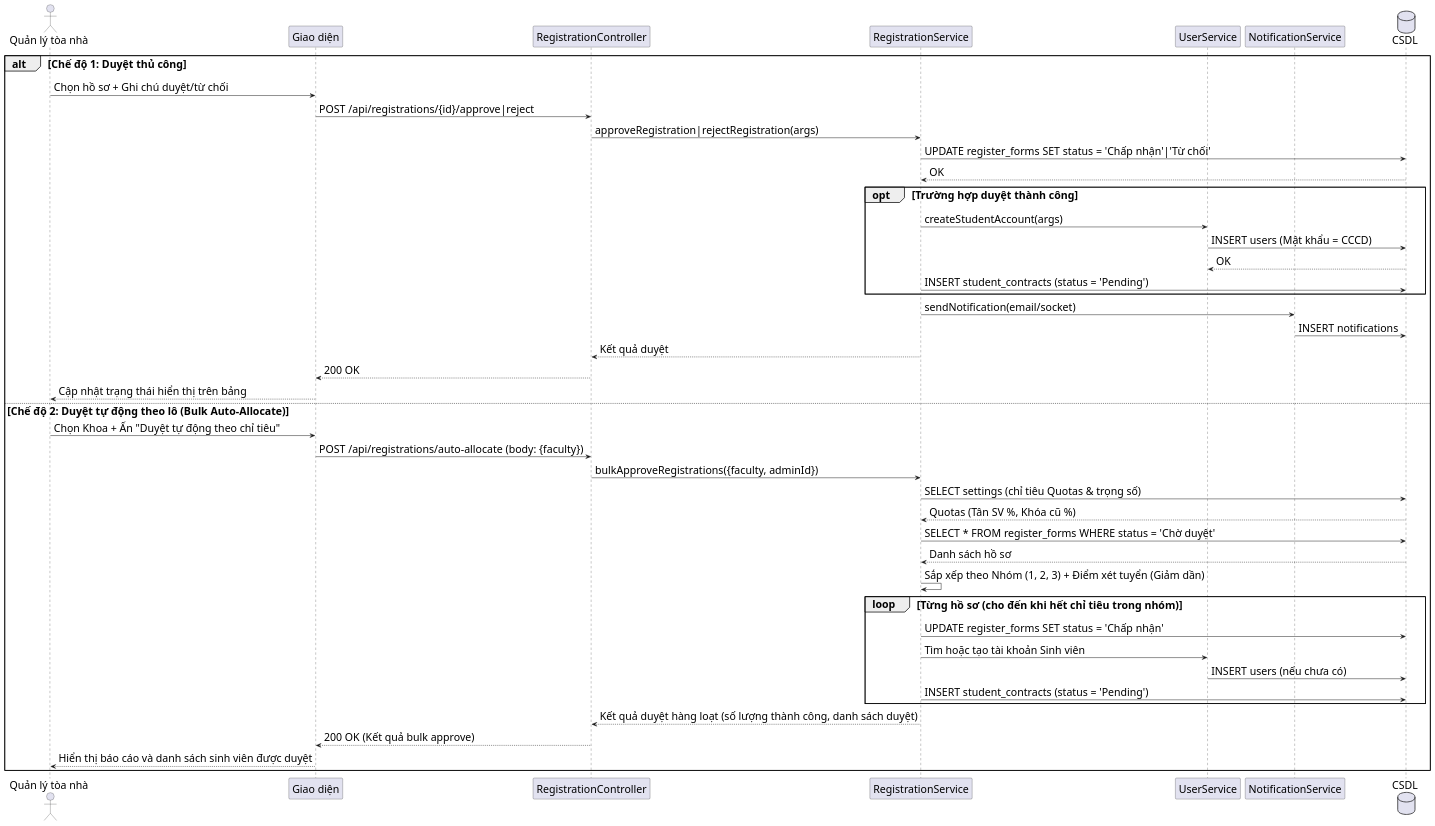
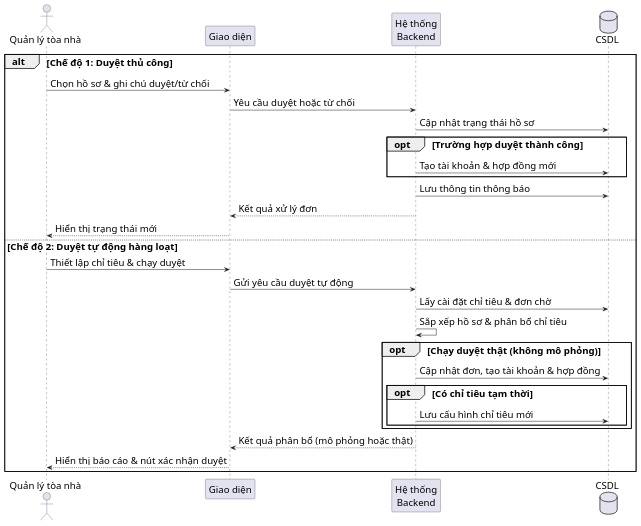
One commit to s0nbuildtech287/dormitory-frontend changed the diagram in diagrams/nhomhosodangky/registration_review_sequence.puml. Above: the diagram before and after it, drawn with PlantUML. The commit also changed 4 other files, not shown here.

```diff
--- a/diagrams/nhomhosodangky/registration_review_sequence.puml
+++ b/diagrams/nhomhosodangky/registration_review_sequence.puml
@@ -1,55 +1,38 @@
 @startuml "Registration Review Sequence"
-skinparam defaultFontSize 22
+skinparam defaultFontSize 20
 skinparam defaultFontName "Times New Roman"
-skinparam sequenceMessageSize 22
+skinparam sequenceMessageSize 20
 
 actor "Quản lý tòa nhà" as Admin
 participant "Giao diện" as FE
-participant "RegistrationController" as RegC
-participant "RegistrationService" as RegS
-participant "UserService" as UserS
-participant "NotificationService" as NotiS
+participant "Hệ thống\nBackend" as BE
 database "CSDL" as DB
 
 alt Chế độ 1: Duyệt thủ công
-  Admin -> FE: Chọn hồ sơ + Ghi chú duyệt/từ chối
-  FE -> RegC: POST /api/registrations/{id}/approve|reject
-  RegC -> RegS: approveRegistration|rejectRegistration(args)
-  RegS -> DB: UPDATE register_forms SET status = 'Chấp nhận'|'Từ chối'
-  DB --> RegS: OK
+  Admin -> FE: Chọn hồ sơ & ghi chú duyệt/từ chối
+  FE -> BE: Yêu cầu duyệt hoặc từ chối
+  BE -> DB: Cập nhật trạng thái hồ sơ
+  opt Trường hợp duyệt thành công
+    BE -> DB: Tạo tài khoản & hợp đồng mới
+  end
+  BE -> DB: Lưu thông tin thông báo
+  BE --> FE: Kết quả xử lý đơn
+  FE --> Admin: Hiển thị trạng thái mới
+
+else Chế độ 2: Duyệt tự động hàng loạt
+  Admin -> FE: Thiết lập chỉ tiêu & chạy duyệt
+  FE -> BE: Gửi yêu cầu duyệt tự động
+  BE -> DB: Lấy cài đặt chỉ tiêu & đơn chờ
+  BE -> BE: Sắp xếp hồ sơ & phân bổ chỉ tiêu
   
-  opt Trường hợp duyệt thành công
-    RegS -> UserS: createStudentAccount(args)
-    UserS -> DB: INSERT users (Mật khẩu = CCCD)
-    DB --> UserS: OK
-    RegS -> DB: INSERT student_contracts (status = 'Pending')
+  opt Chạy duyệt thật (không mô phỏng)
+    BE -> DB: Cập nhật đơn, tạo tài khoản & hợp đồng
+    opt Có chỉ tiêu tạm thời
+      BE -> DB: Lưu cấu hình chỉ tiêu mới
+    end
   end
   
-  RegS -> NotiS: sendNotification(email/socket)
-  NotiS -> DB: INSERT notifications
-  RegS --> RegC: Kết quả duyệt
-  RegC --> FE: 200 OK
-  FE --> Admin: Cập nhật trạng thái hiển thị trên bảng
-
-else Chế độ 2: Duyệt tự động theo lô (Bulk Auto-Allocate)
-  Admin -> FE: Chọn Khoa + Ấn "Duyệt tự động theo chỉ tiêu"
-  FE -> RegC: POST /api/registrations/auto-allocate (body: {faculty})
-  RegC -> RegS: bulkApproveRegistrations({faculty, adminId})
-  RegS -> DB: SELECT settings (chỉ tiêu Quotas & trọng số)
-  DB --> RegS: Quotas (Tân SV %, Khóa cũ %)
-  RegS -> DB: SELECT * FROM register_forms WHERE status = 'Chờ duyệt'
-  DB --> RegS: Danh sách hồ sơ
-  RegS -> RegS: Sắp xếp theo Nhóm (1, 2, 3) + Điểm xét tuyển (Giảm dần)
-  
-  loop Từng hồ sơ (cho đến khi hết chỉ tiêu trong nhóm)
-    RegS -> DB: UPDATE register_forms SET status = 'Chấp nhận'
-    RegS -> UserS: Tìm hoặc tạo tài khoản Sinh viên
-    UserS -> DB: INSERT users (nếu chưa có)
-    RegS -> DB: INSERT student_contracts (status = 'Pending')
-  end
-  
-  RegS --> RegC: Kết quả duyệt hàng loạt (số lượng thành công, danh sách duyệt)
-  RegC --> FE: 200 OK (Kết quả bulk approve)
-  FE --> Admin: Hiển thị báo cáo và danh sách sinh viên được duyệt
+  BE --> FE: Kết quả phân bổ (mô phỏng hoặc thật)
+  FE --> Admin: Hiển thị báo cáo & nút xác nhận duyệt
 end
 @enduml
```
